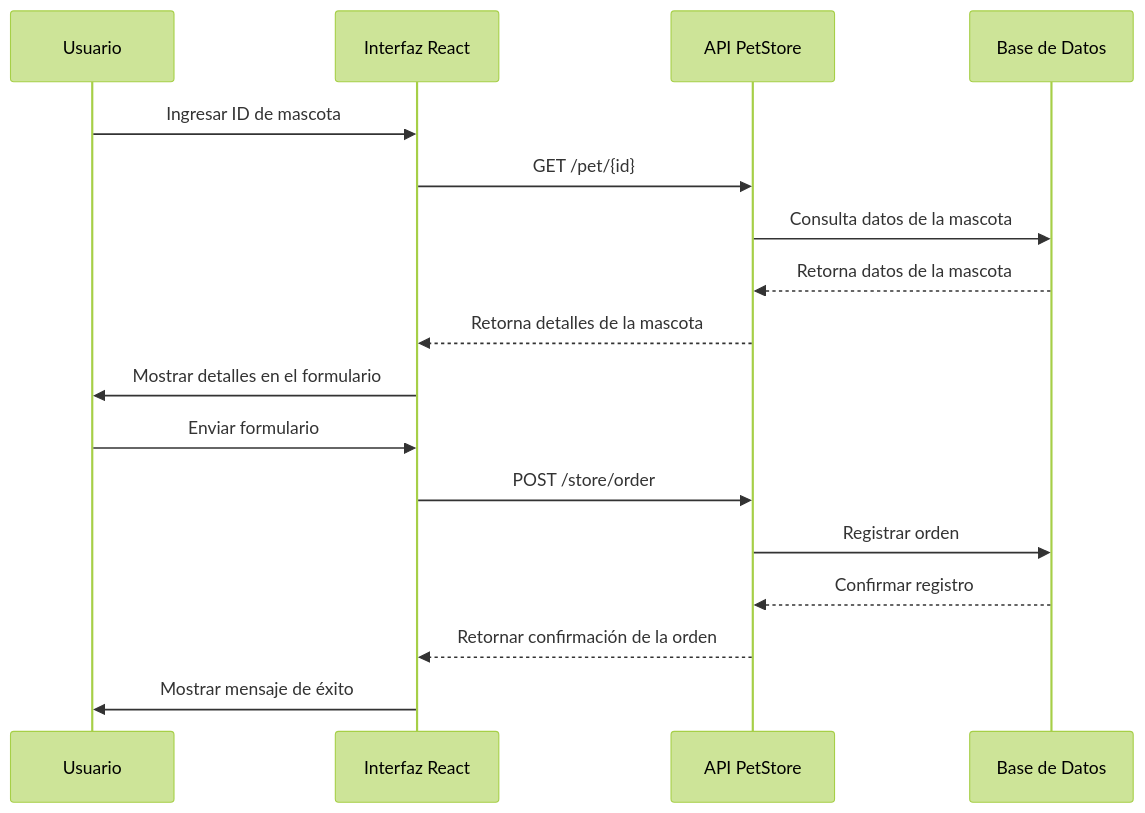
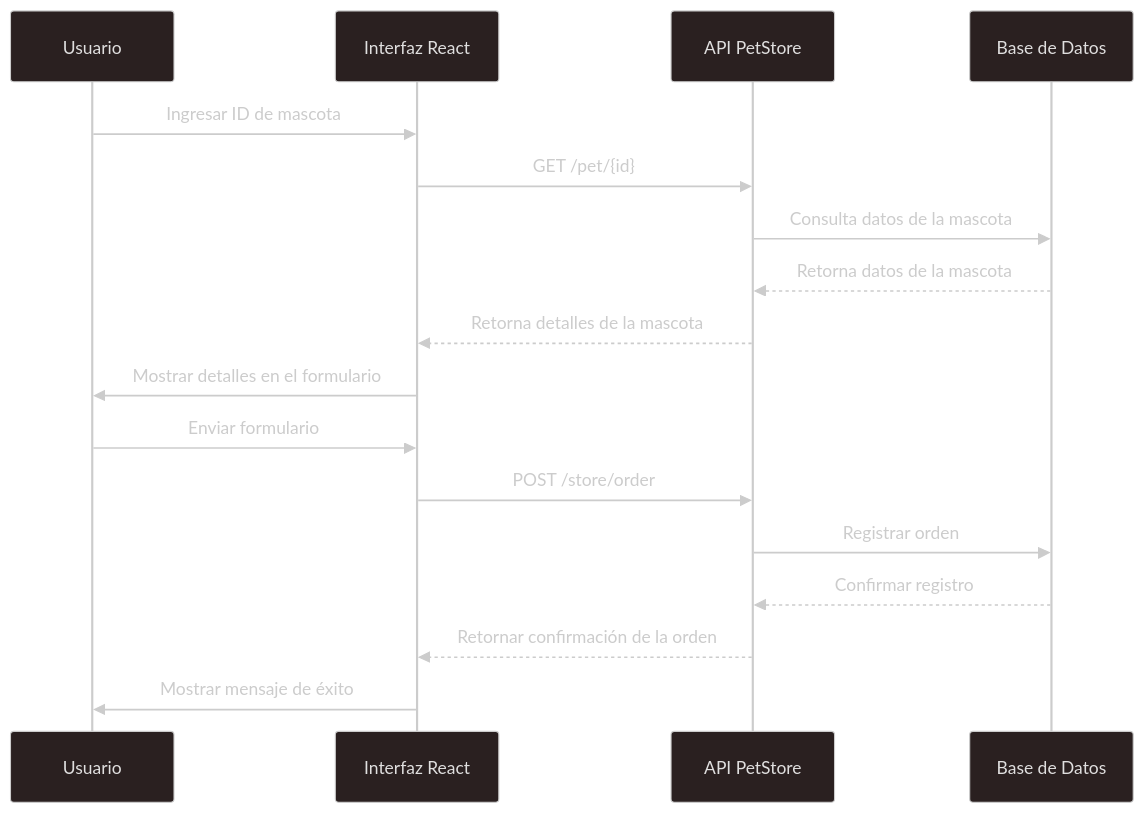
One commit to andresalmeida/react-petstore changed the third of 3 diagrams in README.md. Above: the diagram before and after it, drawn with Mermaid. The commit also changed other lines of this file, not shown here.

````diff
--- a/README.md
+++ b/README.md
@@ -291,23 +293,23 @@
 ```mermaid
 ---
 config:
-  theme: forest
+  theme: neo-dark
 ---
 sequenceDiagram
     participant User as Usuario
     participant UI as Interfaz React
     participant API as API PetStore
     participant DB as Base de Datos
     User->>UI: Ingresar ID de mascota
     UI->>API: GET /pet/{id}
     API->>DB: Consulta datos de la mascota
     DB-->>API: Retorna datos de la mascota
     API-->>UI: Retorna detalles de la mascota
     UI->>User: Mostrar detalles en el formulario
     User->>UI: Enviar formulario
     UI->>API: POST /store/order
     API->>DB: Registrar orden
     DB-->>API: Confirmar registro
     API-->>UI: Retornar confirmación de la orden
     UI->>User: Mostrar mensaje de éxito
 ```
````
